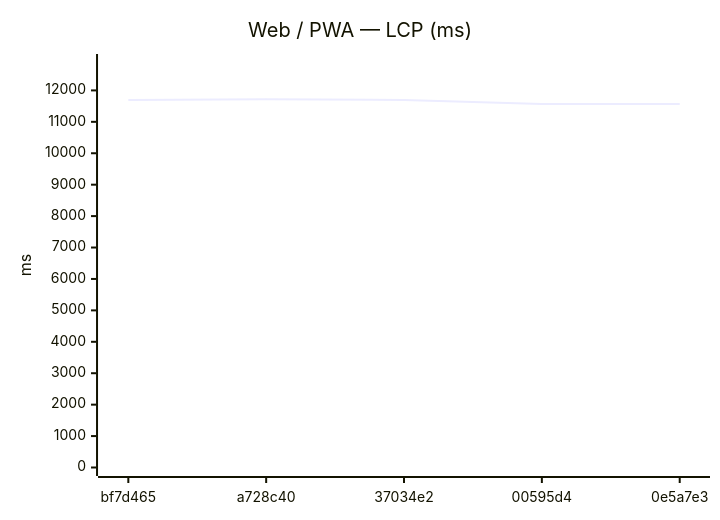
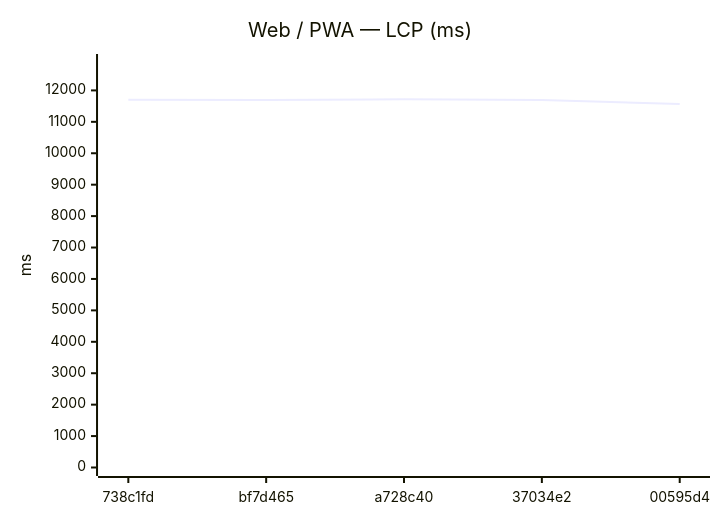
The ninth of 24 diagrams in benchmarks/compare.md (Metaheurist/Rianell), drawn with Mermaid before and after one commit. The commit also changed other lines of this file and 13 other files, not shown here.

````diff
--- a/benchmarks/compare.md
+++ b/benchmarks/compare.md
@@ -144,7 +144,7 @@
 ```mermaid
 xychart-beta
     title "Web / PWA — LCP (ms)"
-    x-axis ["bf7d465", "a728c40", "37034e2", "00595d4", "0e5a7e3"]
+    x-axis ["738c1fd", "bf7d465", "a728c40", "37034e2", "00595d4"]
     y-axis "ms" 0 --> 12888
-    line [11691, 11716, 11698, 11566, 11571]
+    line [11701, 11691, 11716, 11698, 11566]
 ```
````
